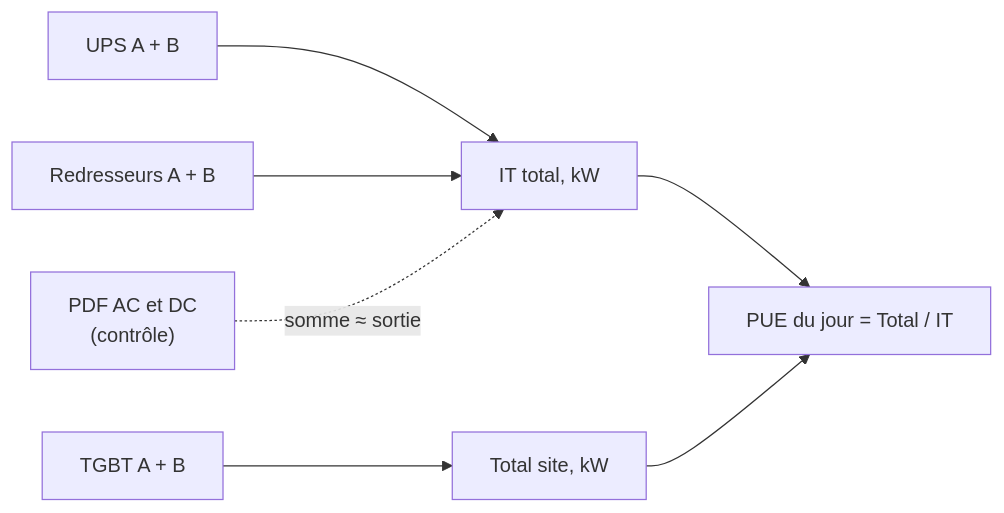
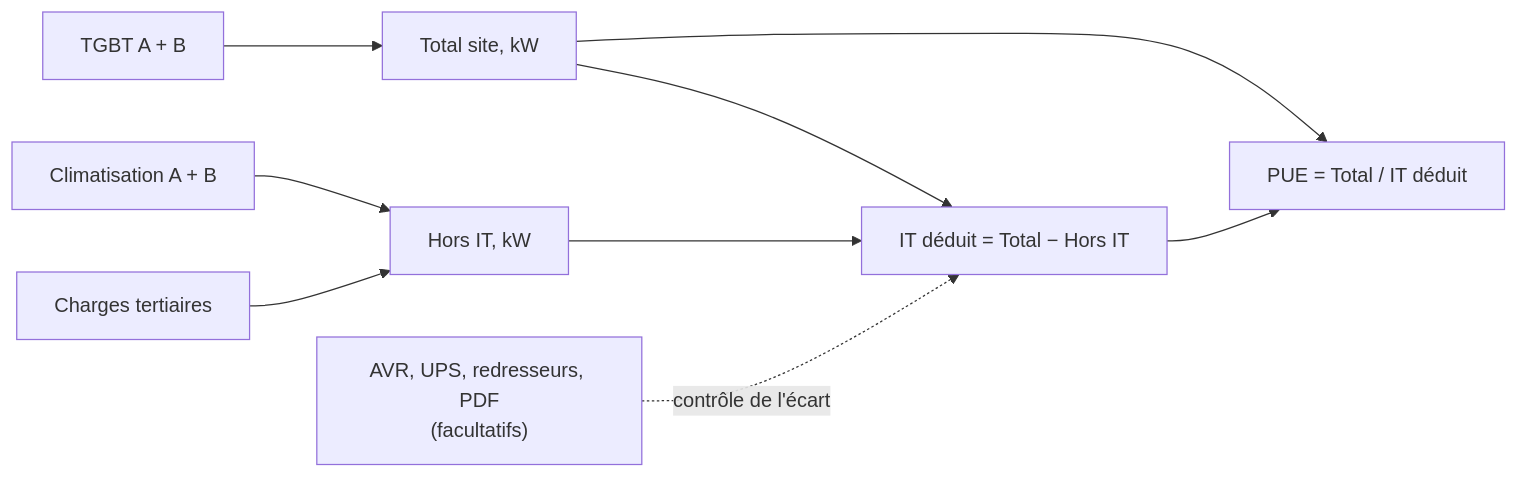
Before and after one commit to jeancykabengele-code/GMAO-: the third of 3 diagrams in README.md, drawn with Mermaid. The commit also changed other lines of this file and 8 other files, not shown here.

````diff
--- a/README.md
+++ b/README.md
@@ -121,9 +121,11 @@
 ```mermaid
 flowchart LR
-    UPS[UPS A + B] --> IT[IT total, kW]
-    RED[Redresseurs A + B] --> IT
     TGBT[TGBT A + B] --> TOT[Total site, kW]
-    IT --> PUE["PUE du jour = Total / IT"]
-    TOT --> PUE
-    PDF["PDF AC et DC<br/>(contrôle)"] -.->|somme ≈ sortie| IT
+    CLIM[Climatisation A + B] --> HORS[Hors IT, kW]
+    TERT[Charges tertiaires] --> HORS
+    TOT --> IT["IT déduit = Total − Hors IT"]
+    HORS --> IT
+    TOT --> PUE["PUE = Total / IT déduit"]
+    IT --> PUE
+    DET["AVR, UPS, redresseurs, PDF<br/>(facultatifs)"] -.->|contrôle de l'écart| IT
 ```
````
